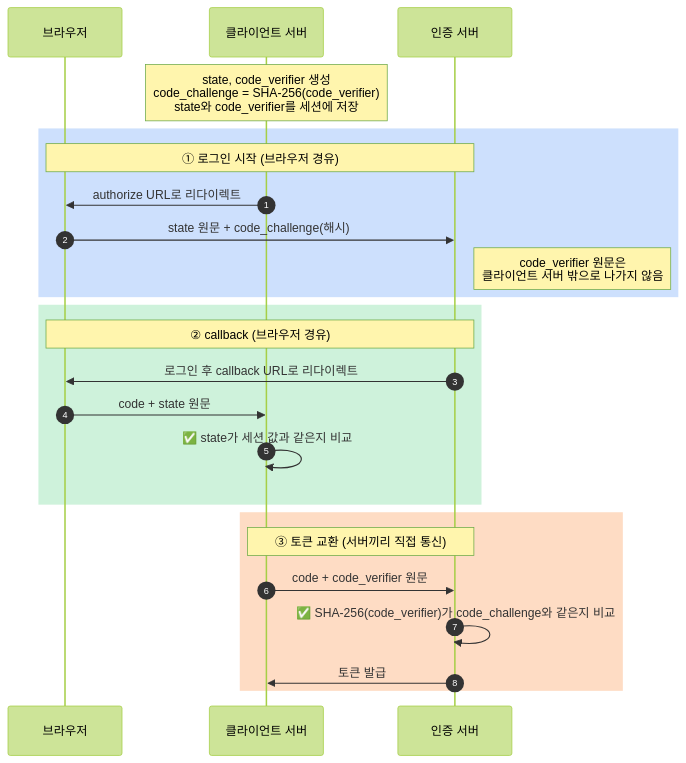
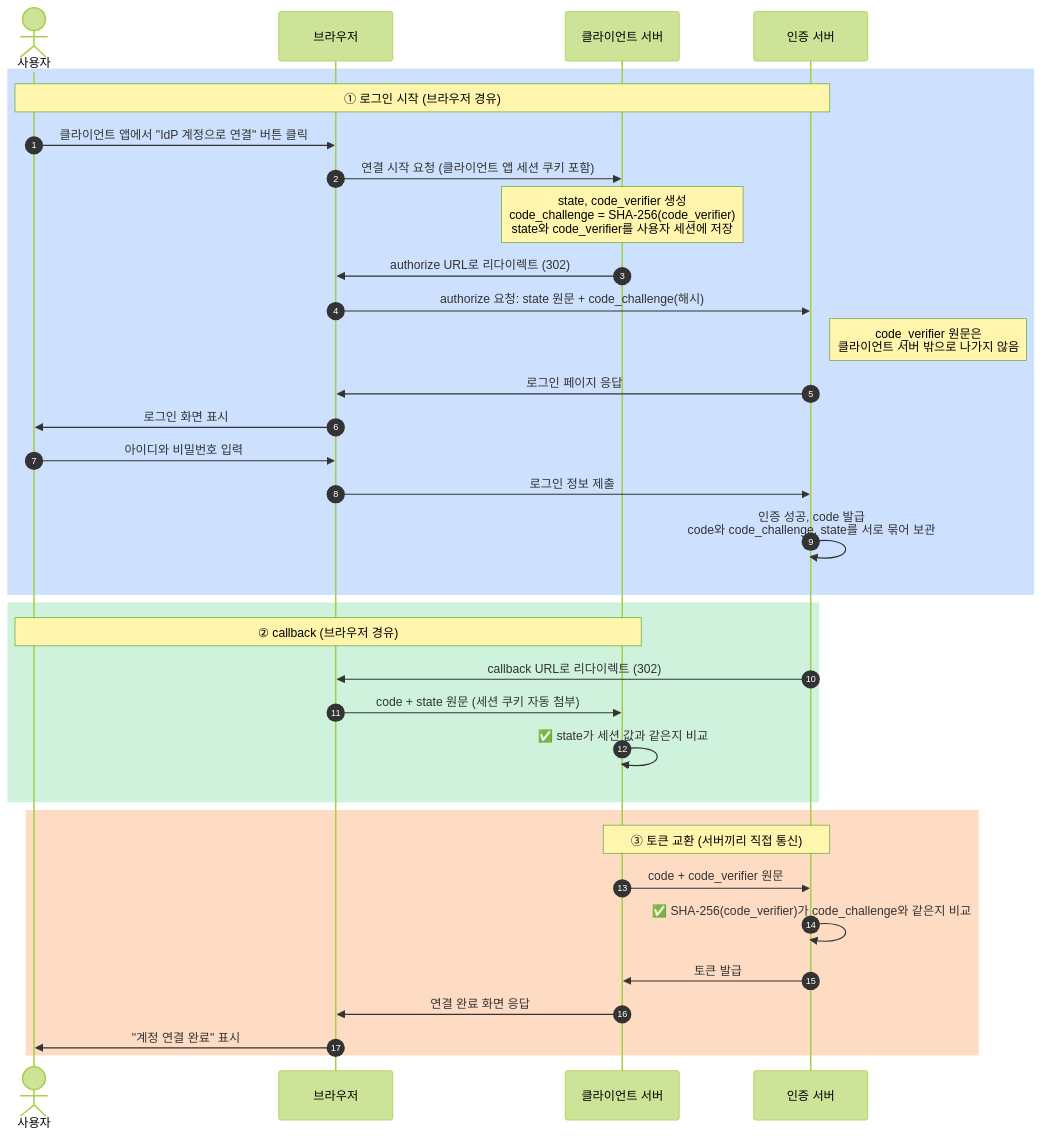
Before and after one commit to VeritasForge/second-brain: the diagram in wiki/security/oauth-state-vs-code-verifier.md, drawn with Mermaid (forest theme). The commit also changed 3 other files, not shown here.

````diff
--- a/wiki/security/oauth-state-vs-code-verifier.md
+++ b/wiki/security/oauth-state-vs-code-verifier.md
@@ -30,30 +30,39 @@
 ```mermaid
 sequenceDiagram
     autonumber
+    actor U as 사용자
     participant B as 브라우저
     participant C as 클라이언트 서버
     participant A as 인증 서버
 
-    Note over C: state, code_verifier 생성<br/>code_challenge = SHA-256(code_verifier)<br/>state와 code_verifier를 세션에 저장
-
     rect rgba(59, 130, 246, 0.25)
-    Note over B,A: ① 로그인 시작 (브라우저 경유)
-    C->>B: authorize URL로 리다이렉트
-    B->>A: state 원문 + code_challenge(해시)
+    Note over U,A: ① 로그인 시작 (브라우저 경유)
+    U->>B: 클라이언트 앱에서 "IdP 계정으로 연결" 버튼 클릭
+    B->>C: 연결 시작 요청 (클라이언트 앱 세션 쿠키 포함)
+    Note over C: state, code_verifier 생성<br/>code_challenge = SHA-256(code_verifier)<br/>state와 code_verifier를 사용자 세션에 저장
+    C->>B: authorize URL로 리다이렉트 (302)
+    B->>A: authorize 요청: state 원문 + code_challenge(해시)
     Note right of A: code_verifier 원문은<br/>클라이언트 서버 밖으로 나가지 않음
+    A->>B: 로그인 페이지 응답
+    B->>U: 로그인 화면 표시
+    U->>B: 아이디와 비밀번호 입력
+    B->>A: 로그인 정보 제출
+    A->>A: 인증 성공, code 발급<br/>code와 code_challenge, state를 서로 묶어 보관
     end
 
     rect rgba(34, 197, 94, 0.22)
-    Note over B,A: ② callback (브라우저 경유)
-    A->>B: 로그인 후 callback URL로 리다이렉트
-    B->>C: code + state 원문
+    Note over U,C: ② callback (브라우저 경유)
+    A->>B: callback URL로 리다이렉트 (302)
+    B->>C: code + state 원문 (세션 쿠키 자동 첨부)
     C->>C: ✅ state가 세션 값과 같은지 비교
     end
 
     rect rgba(249, 115, 22, 0.25)
     Note over C,A: ③ 토큰 교환 (서버끼리 직접 통신)
     C->>A: code + code_verifier 원문
     A->>A: ✅ SHA-256(code_verifier)가 code_challenge와 같은지 비교
     A->>C: 토큰 발급
+    C->>B: 연결 완료 화면 응답
+    B->>U: "계정 연결 완료" 표시
     end
 ```
````
